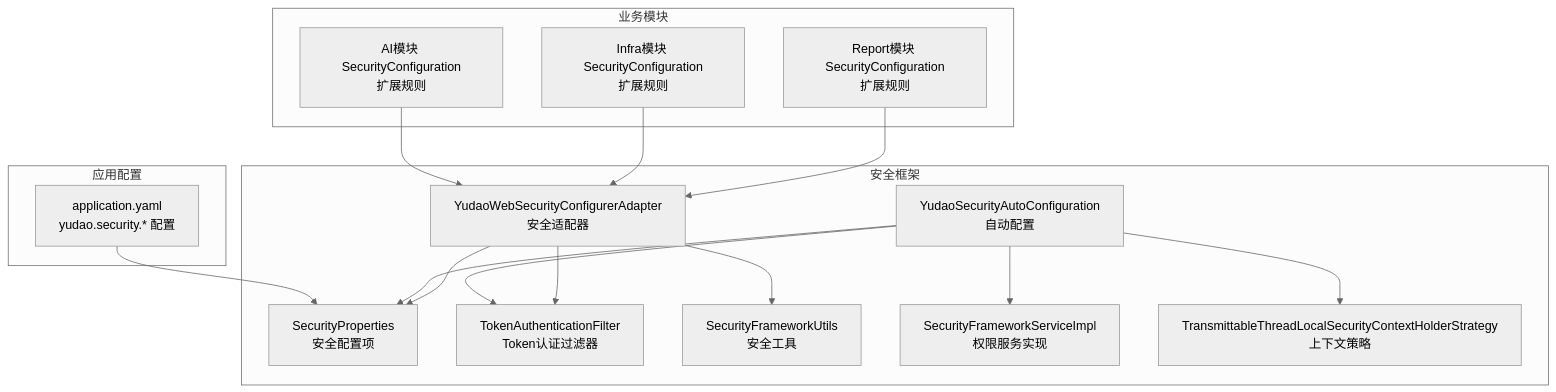
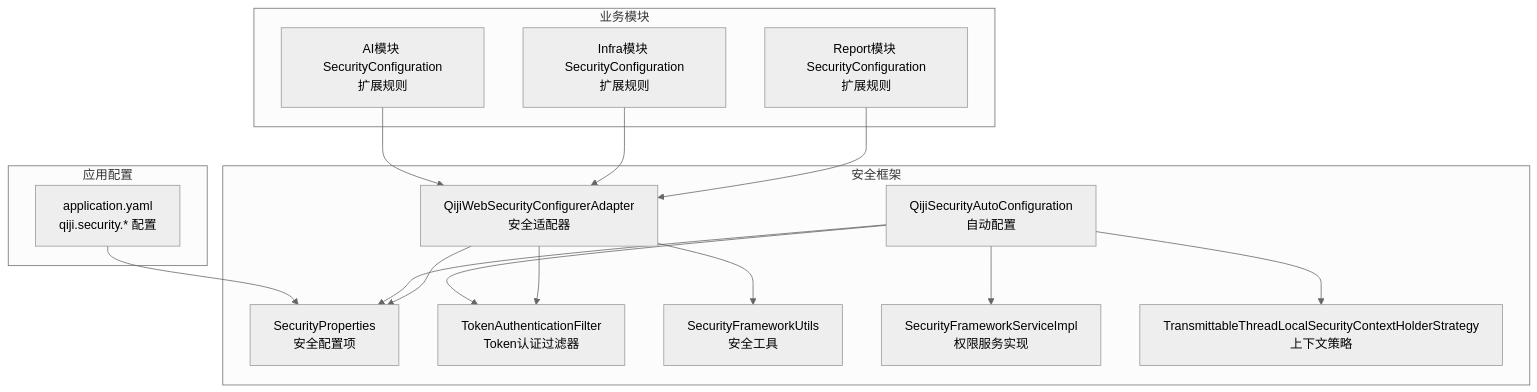
The first of 7 diagrams in backend/.qoder/repowiki/zh/content/安全与权限/安全配置管理.md (zhuangpengLI/AgenticCPS), drawn with Mermaid (neutral theme) before and after one commit. The commit also changed other lines of this file and 3489 other files, not shown here.

````diff
--- a/backend/.qoder/repowiki/zh/content/安全与权限/安全配置管理.md
+++ b/backend/.qoder/repowiki/zh/content/安全与权限/安全配置管理.md
@@ -44,31 +44,31 @@
 ```mermaid
 graph TB
 subgraph "安全框架"
 SP["SecurityProperties<br/>安全配置项"]
-ASA["YudaoSecurityAutoConfiguration<br/>自动配置"]
-WSCA["YudaoWebSecurityConfigurerAdapter<br/>安全适配器"]
+ASA["QijiSecurityAutoConfiguration<br/>自动配置"]
+WSCA["QijiWebSecurityConfigurerAdapter<br/>安全适配器"]
 TAF["TokenAuthenticationFilter<br/>Token认证过滤器"]
 SFU["SecurityFrameworkUtils<br/>安全工具"]
 SFSI["SecurityFrameworkServiceImpl<br/>权限服务实现"]
 STRAT["TransmittableThreadLocalSecurityContextHolderStrategy<br/>上下文策略"]
 end
 subgraph "业务模块"
 AI_SEC["AI模块 SecurityConfiguration<br/>扩展规则"]
 INFRA_SEC["Infra模块 SecurityConfiguration<br/>扩展规则"]
 REPORT_SEC["Report模块 SecurityConfiguration<br/>扩展规则"]
 end
 subgraph "应用配置"
-APP_YAML["application.yaml<br/>yudao.security.* 配置"]
+APP_YAML["application.yaml<br/>qiji.security.* 配置"]
 end
 APP_YAML --> SP
 ASA --> SP
 ASA --> TAF
 ASA --> SFSI
 ASA --> STRAT
 WSCA --> TAF
 WSCA --> SP
 WSCA --> SFU
 AI_SEC --> WSCA
 INFRA_SEC --> WSCA
 REPORT_SEC --> WSCA
 ```
````
